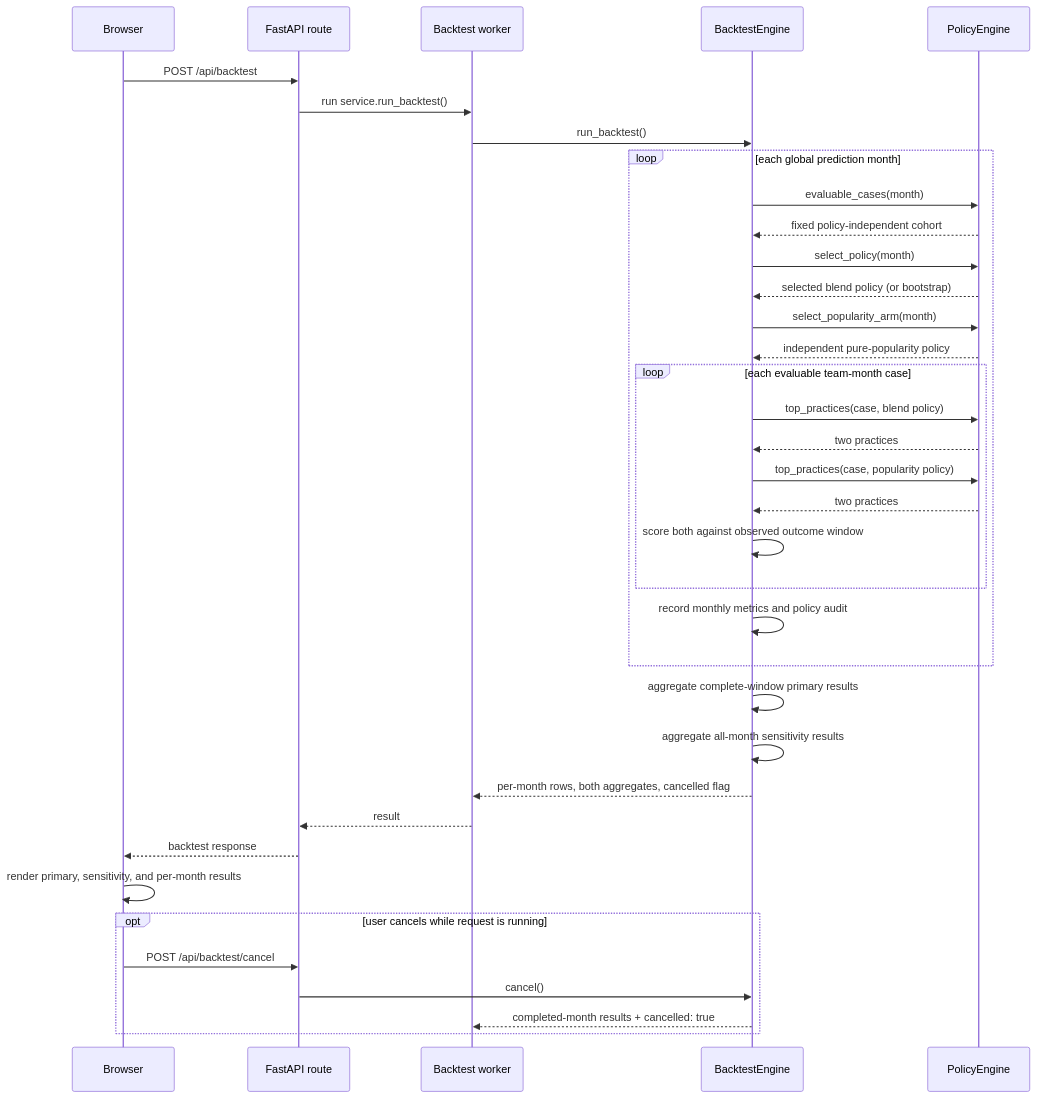
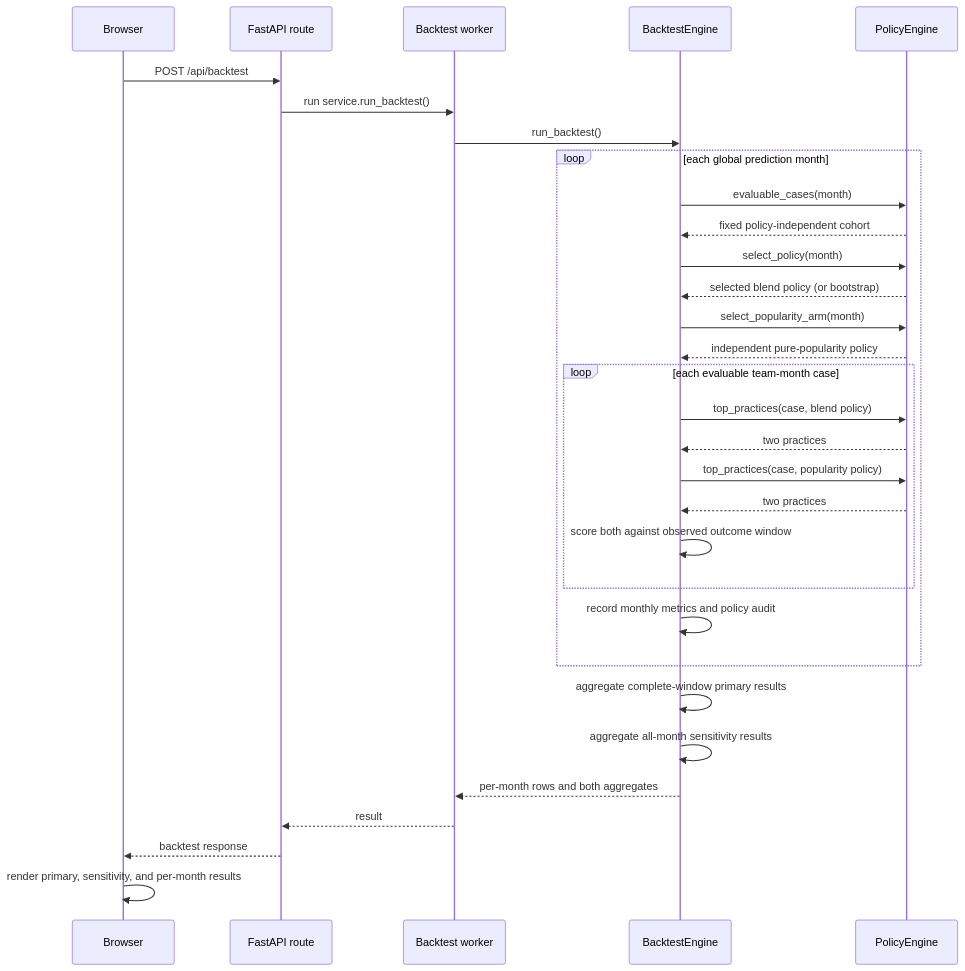
Before and after one commit to erezmorabia/agile-prediction-mvp: the diagram in docs/sequence-diagrams/02-run-backtest.md, drawn with Mermaid. The commit also changed other lines of this file and 15 other files, not shown here.

````diff
--- a/docs/sequence-diagrams/02-run-backtest.md
+++ b/docs/sequence-diagrams/02-run-backtest.md
@@ -8,40 +8,34 @@
 ```mermaid
 sequenceDiagram
     participant Browser
     participant Route as FastAPI route
     participant Worker as Backtest worker
     participant Backtest as BacktestEngine
     participant Policy as PolicyEngine
 
     Browser->>Route: POST /api/backtest
     Route->>Worker: run service.run_backtest()
     Worker->>Backtest: run_backtest()
     loop each global prediction month
         Backtest->>Policy: evaluable_cases(month)
         Policy-->>Backtest: fixed policy-independent cohort
         Backtest->>Policy: select_policy(month)
         Policy-->>Backtest: selected blend policy (or bootstrap)
         Backtest->>Policy: select_popularity_arm(month)
         Policy-->>Backtest: independent pure-popularity policy
         loop each evaluable team-month case
             Backtest->>Policy: top_practices(case, blend policy)
             Policy-->>Backtest: two practices
             Backtest->>Policy: top_practices(case, popularity policy)
             Policy-->>Backtest: two practices
             Backtest->>Backtest: score both against observed outcome window
         end
         Backtest->>Backtest: record monthly metrics and policy audit
     end
     Backtest->>Backtest: aggregate complete-window primary results
     Backtest->>Backtest: aggregate all-month sensitivity results
-    Backtest-->>Worker: per-month rows, both aggregates, cancelled flag
+    Backtest-->>Worker: per-month rows and both aggregates
     Worker-->>Route: result
     Route-->>Browser: backtest response
     Browser->>Browser: render primary, sensitivity, and per-month results
-
-    opt user cancels while request is running
-        Browser->>Route: POST /api/backtest/cancel
-        Route->>Backtest: cancel()
-        Backtest-->>Worker: completed-month results + cancelled: true
-    end
 ```
````
